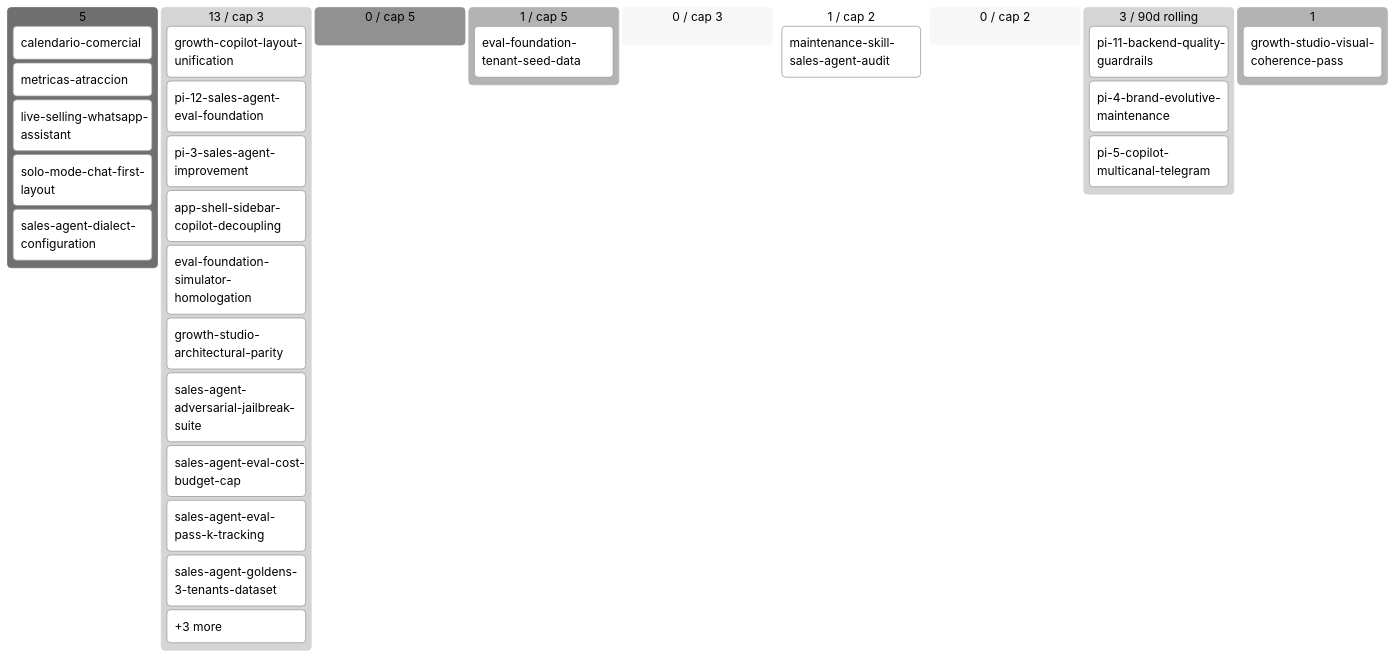
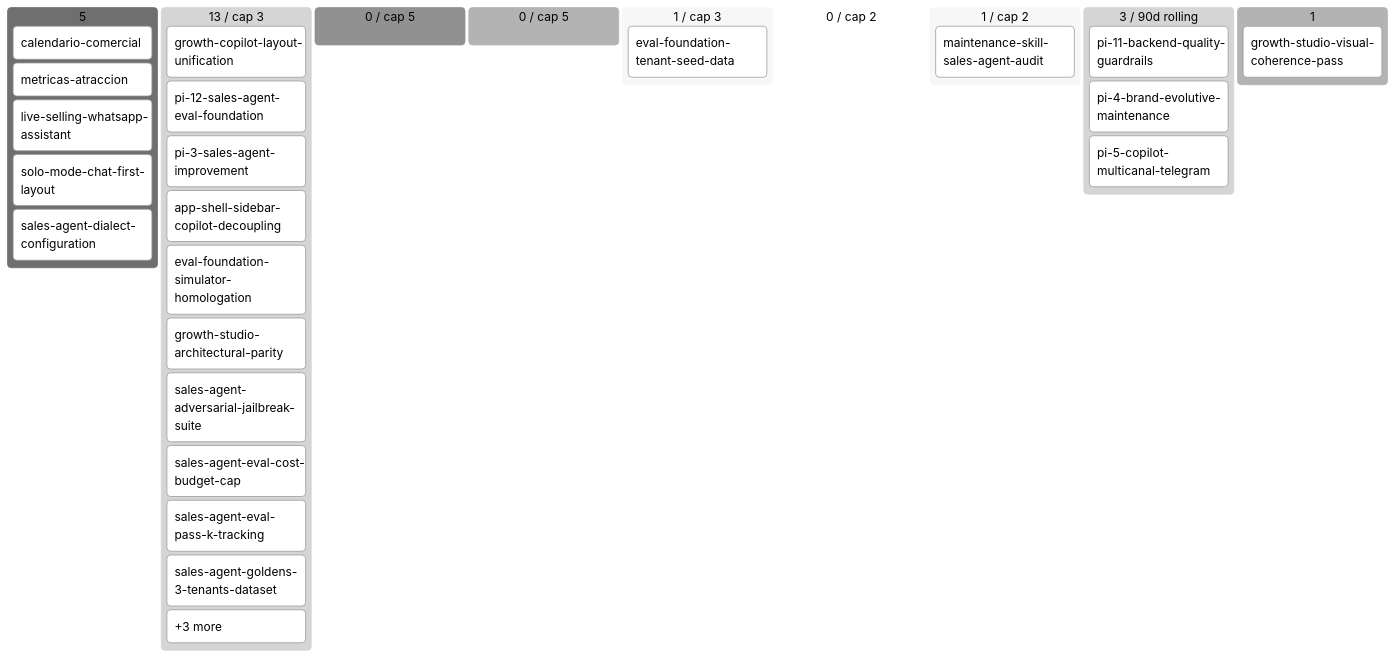
The diagram in docs/product/BACKLOG.md (alpacapurpura/ap_sales_agent), drawn with Mermaid (neutral theme) before and after one commit. The commit also changed other lines of this file and 5 other files, not shown here.

````diff
--- a/docs/product/BACKLOG.md
+++ b/docs/product/BACKLOG.md
@@ -60,34 +60,34 @@
 ```mermaid
 kanban
   💡 Ideas (5)
     calendario-comercial[calendario-comercial]
     metricas-atraccion[metricas-atraccion]
     live-selling-whatsapp-assistan[live-selling-whatsapp-assistant]
     solo-mode-chat-first-layout[solo-mode-chat-first-layout]
     sales-agent-dialect-configurat[sales-agent-dialect-configuration]
   🔬 Refining (13 / cap 3)
     growth-copilot-layout-unificat[growth-copilot-layout-unification]
     pi-12-sales-agent-eval-foundat[pi-12-sales-agent-eval-foundation]
     pi-3-sales-agent-improvement[pi-3-sales-agent-improvement]
     app-shell-sidebar-copilot-deco[app-shell-sidebar-copilot-decoupling]
     eval-foundation-simulator-homo[eval-foundation-simulator-homologation]
     growth-studio-architectural-pa[growth-studio-architectural-parity]
     sales-agent-adversarial-jailbr[sales-agent-adversarial-jailbreak-suite]
     sales-agent-eval-cost-budget-c[sales-agent-eval-cost-budget-cap]
     sales-agent-eval-pass-k-tracki[sales-agent-eval-pass-k-tracking]
     sales-agent-goldens-3-tenants-[sales-agent-goldens-3-tenants-dataset]
     overflow-🔬 Refining[+3 more]
   ✅ Refined (0 / cap 5)
-  📦 Ready (1 / cap 5)
+  📦 Ready (0 / cap 5)
+  🔨 Developing (1 / cap 3)
     eval-foundation-tenant-seed-da[eval-foundation-tenant-seed-data]
-  🔨 Developing (0 / cap 3)
-  🧪 Developed (1 / cap 2)
+  🧪 Developed (0 / cap 2)
+  🔍 Reviewing (1 / cap 2)
     maintenance-skill-sales-agent-[maintenance-skill-sales-agent-audit]
-  🔍 Reviewing (0 / cap 2)
   ✅ Done (3 / 90d rolling)
     pi-11-backend-quality-guardrai[pi-11-backend-quality-guardrails]
     pi-4-brand-evolutive-maintenan[pi-4-brand-evolutive-maintenance]
     pi-5-copilot-multicanal-telegr[pi-5-copilot-multicanal-telegram]
   🅿 Parked (1)
     growth-studio-visual-coherence[growth-studio-visual-coherence-pass]
 ```
````
